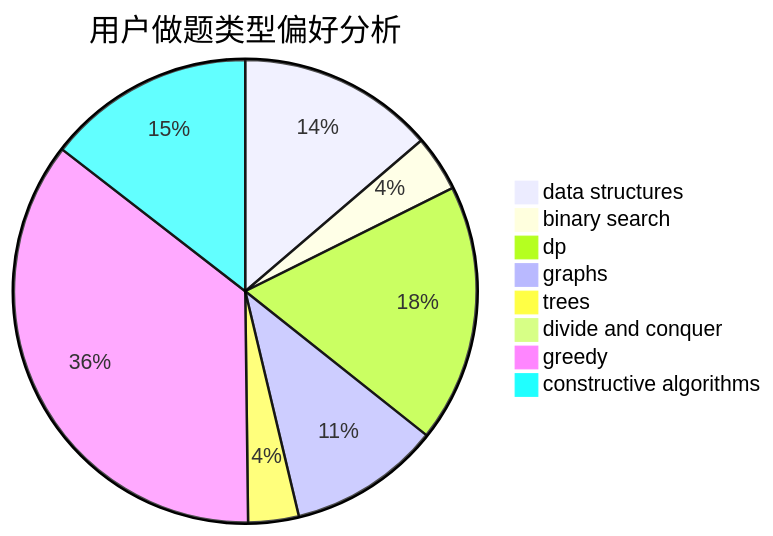
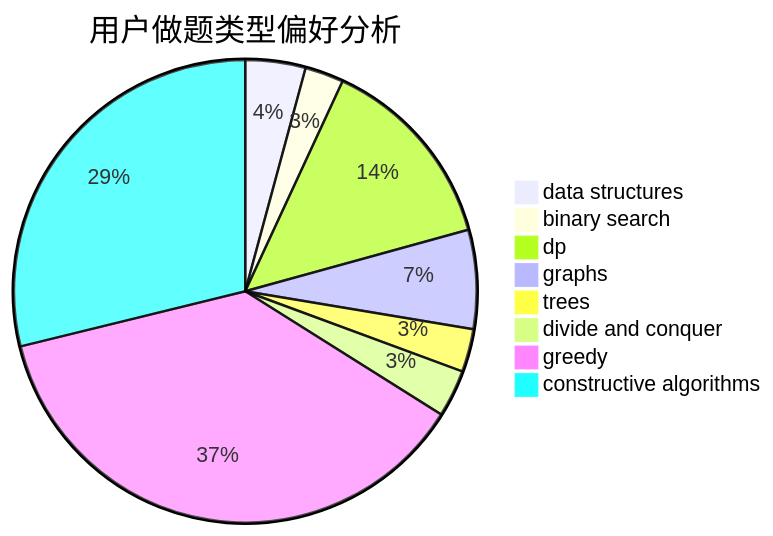
Before and after one commit to sherpahu/cfrs.github.io: the second of 3 diagrams in docs/user/u2750.md, drawn with Mermaid. The commit also changed other lines of this file and 2770 other files, not shown here.

````diff
--- a/docs/user/u2750.md
+++ b/docs/user/u2750.md
@@ -23,11 +23,11 @@
 ```mermaid
 pie title 用户做题类型偏好分析
-    "data structures" :  35
-    "binary search" :  10
+    "data structures" :  14
+    "binary search" :  9
     "dp" :  46
-    "graphs" :  27
-    "trees" :  9
-    "divide and conquer" :  0
-    "greedy" :  91
-    "constructive algorithms" :  37
+    "graphs" :  23
+    "trees" :  10
+    "divide and conquer" :  11
+    "greedy" :  124
+    "constructive algorithms" :  96
 ```
````
